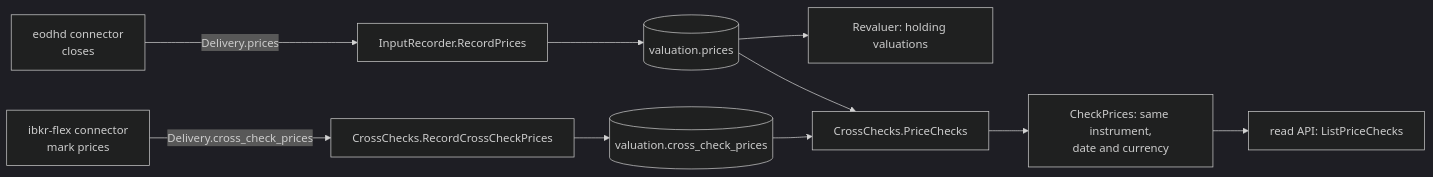
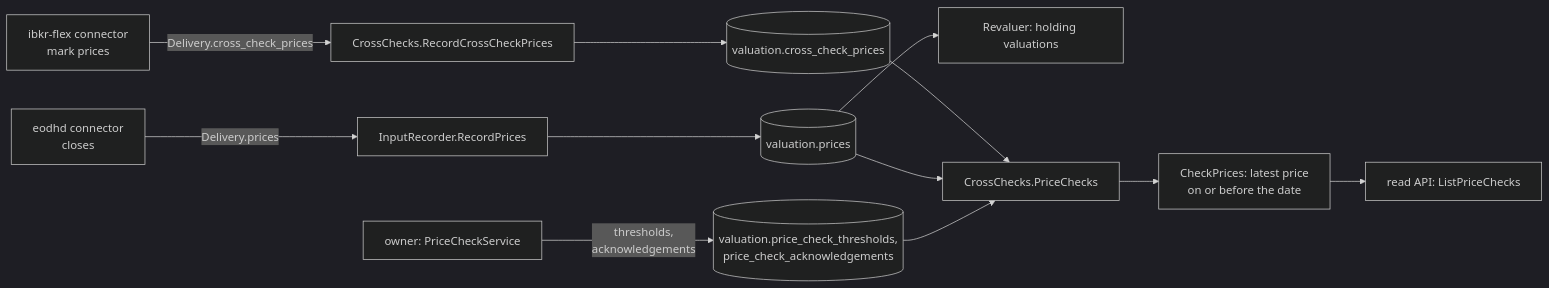
One commit to arkadiuss/openfief changed the third of 7 diagrams in docs/concepts/valuation.md. Above: the diagram before and after it, drawn with Mermaid (dark theme). The commit also changed other lines of this file and 146 other files, not shown here.

````diff
--- a/docs/concepts/valuation.md
+++ b/docs/concepts/valuation.md
@@ -140,12 +140,14 @@
 ```mermaid
 flowchart LR
   ibkr["ibkr-flex connector<br/>mark prices"] -- "Delivery.cross_check_prices" --> rec["CrossChecks.RecordCrossCheckPrices"]
   eodhd["eodhd connector<br/>closes"] -- "Delivery.prices" --> prices["InputRecorder.RecordPrices"]
   rec --> cc[("valuation.cross_check_prices")]
   prices --> p[("valuation.prices")]
   p --> reval["Revaluer: holding valuations"]
   cc --> pc["CrossChecks.PriceChecks"]
   p --> pc
-  pc --> cp["CheckPrices: same instrument,<br/>date and currency"]
+  pc --> cp["CheckPrices: latest price<br/>on or before the date"]
+  owner["owner: PriceCheckService"] -- "thresholds,<br/>acknowledgements" --> st[("valuation.price_check_thresholds,<br/>price_check_acknowledgements")]
+  st --> pc
   cp --> api["read API: ListPriceChecks"]
 ```
````
